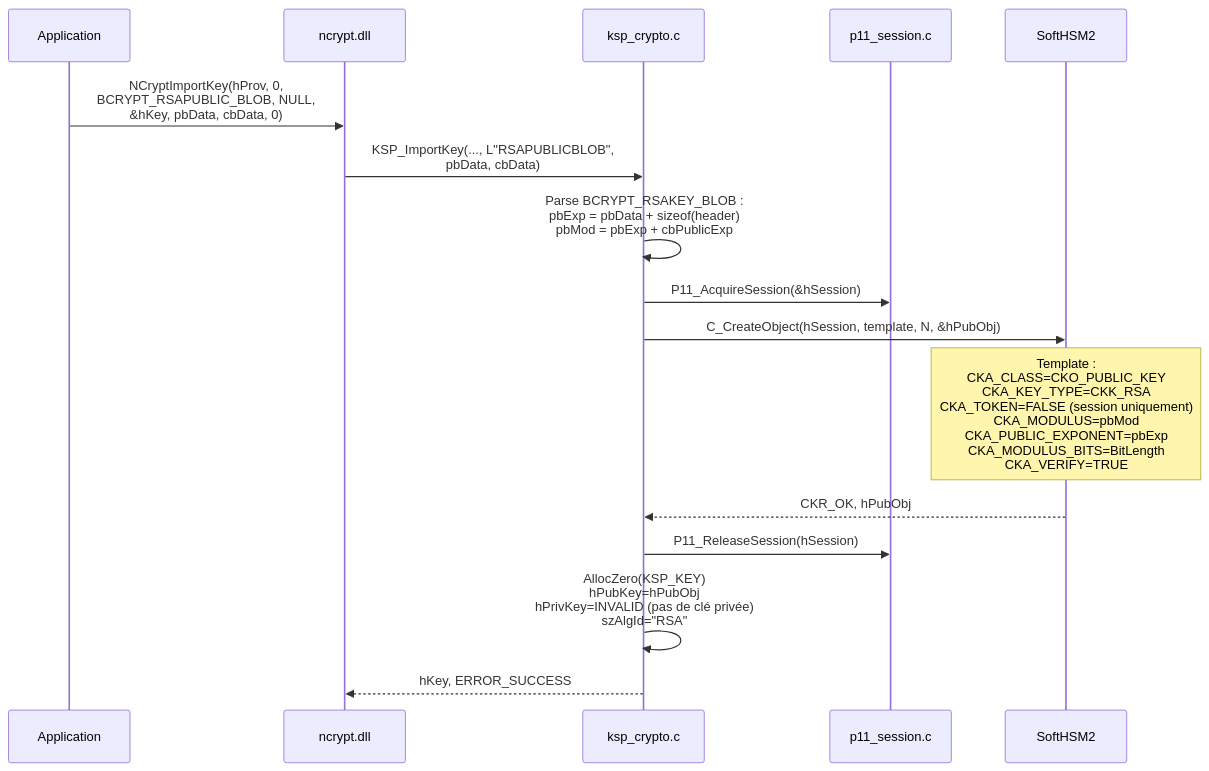
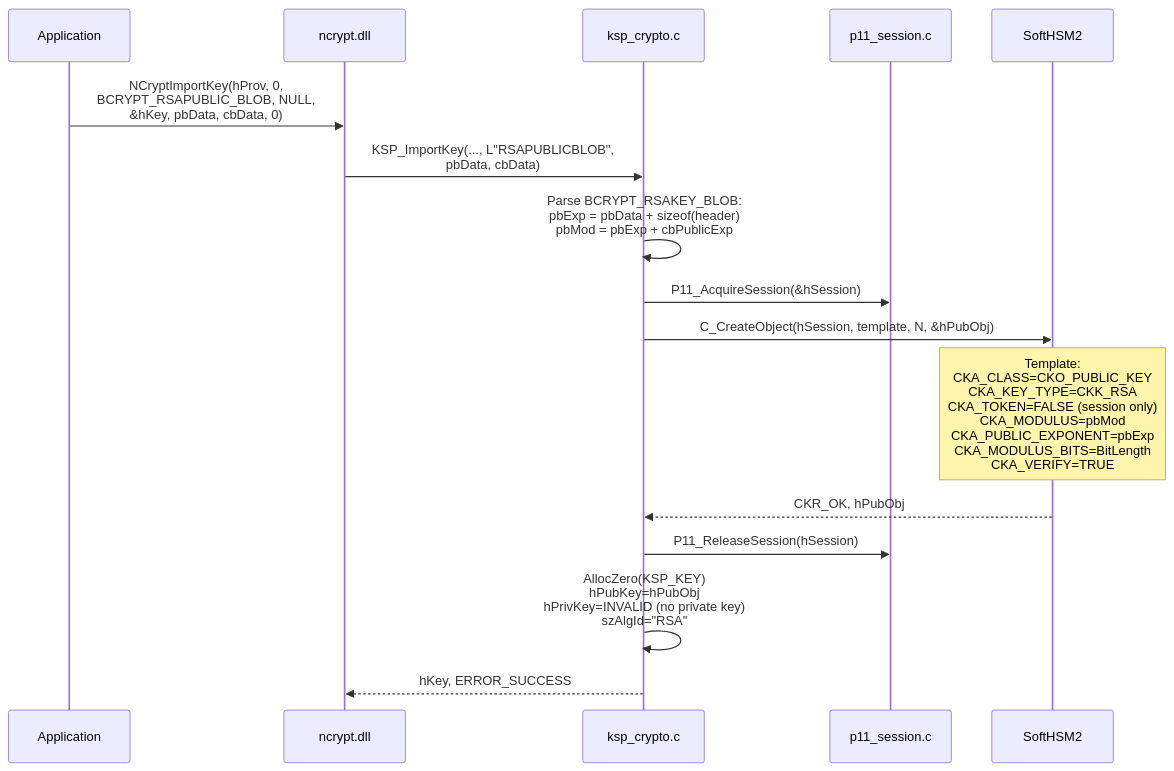
The seventh of 7 diagrams in softhsm_ksp/docs/04-operations-crypto.md (Gaillotte/Noida), drawn with Mermaid before and after one commit. The commit also changed other lines of this file and 9 other files, not shown here.

````diff
--- a/softhsm_ksp/docs/04-operations-crypto.md
+++ b/softhsm_ksp/docs/04-operations-crypto.md
@@ -343,27 +343,27 @@
 ```mermaid
 sequenceDiagram
     participant App as Application
     participant NCrypt as ncrypt.dll
     participant KSP as ksp_crypto.c
     participant Session as p11_session.c
     participant HSM as SoftHSM2
 
     App->>NCrypt: NCryptImportKey(hProv, 0,<br/>BCRYPT_RSAPUBLIC_BLOB, NULL,<br/>&hKey, pbData, cbData, 0)
     NCrypt->>KSP: KSP_ImportKey(..., L"RSAPUBLICBLOB",<br/>pbData, cbData)
 
-    KSP->>KSP: Parse BCRYPT_RSAKEY_BLOB :<br/>pbExp = pbData + sizeof(header)<br/>pbMod = pbExp + cbPublicExp
+    KSP->>KSP: Parse BCRYPT_RSAKEY_BLOB:<br/>pbExp = pbData + sizeof(header)<br/>pbMod = pbExp + cbPublicExp
 
     KSP->>Session: P11_AcquireSession(&hSession)
 
     KSP->>HSM: C_CreateObject(hSession, template, N, &hPubObj)
 
-    note over HSM: Template :<br/>CKA_CLASS=CKO_PUBLIC_KEY<br/>CKA_KEY_TYPE=CKK_RSA<br/>CKA_TOKEN=FALSE  (session uniquement)<br/>CKA_MODULUS=pbMod<br/>CKA_PUBLIC_EXPONENT=pbExp<br/>CKA_MODULUS_BITS=BitLength<br/>CKA_VERIFY=TRUE
+    note over HSM: Template:<br/>CKA_CLASS=CKO_PUBLIC_KEY<br/>CKA_KEY_TYPE=CKK_RSA<br/>CKA_TOKEN=FALSE  (session only)<br/>CKA_MODULUS=pbMod<br/>CKA_PUBLIC_EXPONENT=pbExp<br/>CKA_MODULUS_BITS=BitLength<br/>CKA_VERIFY=TRUE
 
     HSM-->>KSP: CKR_OK, hPubObj
 
     KSP->>Session: P11_ReleaseSession(hSession)
 
-    KSP->>KSP: AllocZero(KSP_KEY)<br/>hPubKey=hPubObj<br/>hPrivKey=INVALID (pas de clé privée)<br/>szAlgId="RSA"
+    KSP->>KSP: AllocZero(KSP_KEY)<br/>hPubKey=hPubObj<br/>hPrivKey=INVALID (no private key)<br/>szAlgId="RSA"
 
     KSP-->>NCrypt: hKey, ERROR_SUCCESS
 ```
````
